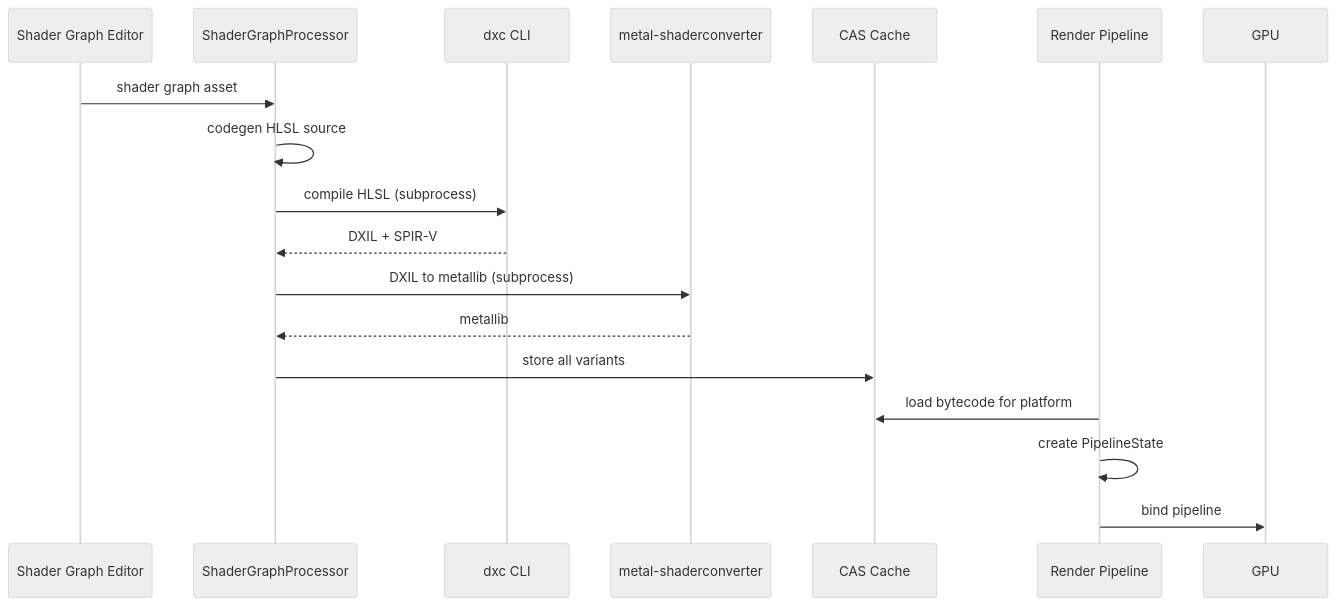
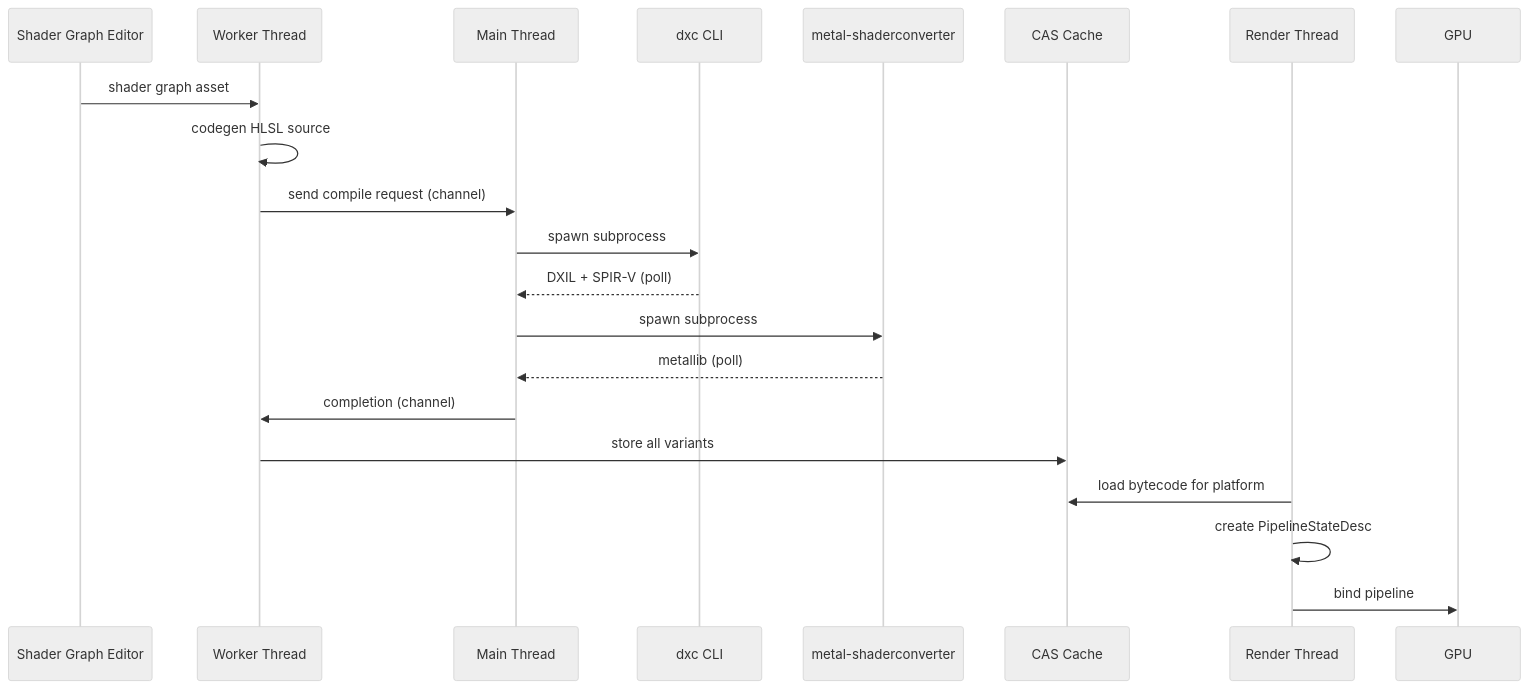
The first of 2 diagrams in docs/design/integration/asset-pipeline-rendering.md (harmonius-dev/harmonius), drawn with Mermaid (neutral theme) before and after one commit. The commit also changed other lines of this file and 57 other files, not shown here.

````diff
--- a/docs/design/integration/asset-pipeline-rendering.md
+++ b/docs/design/integration/asset-pipeline-rendering.md
@@ -69,21 +217,24 @@
 ```mermaid
 sequenceDiagram
     participant SG as Shader Graph Editor
-    participant SGP as ShaderGraphProcessor
+    participant W as Worker Thread
+    participant M as Main Thread
     participant DXC as dxc CLI
     participant MSC as metal-shaderconverter
     participant CAS as CAS Cache
-    participant RP as Render Pipeline
+    participant R as Render Thread
     participant GPU as GPU
 
-    SG->>SGP: shader graph asset
-    SGP->>SGP: codegen HLSL source
-    SGP->>DXC: compile HLSL (subprocess)
-    DXC-->>SGP: DXIL + SPIR-V
-    SGP->>MSC: DXIL to metallib (subprocess)
-    MSC-->>SGP: metallib
-    SGP->>CAS: store all variants
-    RP->>CAS: load bytecode for platform
-    RP->>RP: create PipelineState
-    RP->>GPU: bind pipeline
+    SG->>W: shader graph asset
+    W->>W: codegen HLSL source
+    W->>M: send compile request (channel)
+    M->>DXC: spawn subprocess
+    DXC-->>M: DXIL + SPIR-V (poll)
+    M->>MSC: spawn subprocess
+    MSC-->>M: metallib (poll)
+    M->>W: completion (channel)
+    W->>CAS: store all variants
+    R->>CAS: load bytecode for platform
+    R->>R: create PipelineStateDesc
+    R->>GPU: bind pipeline
 ```
````
